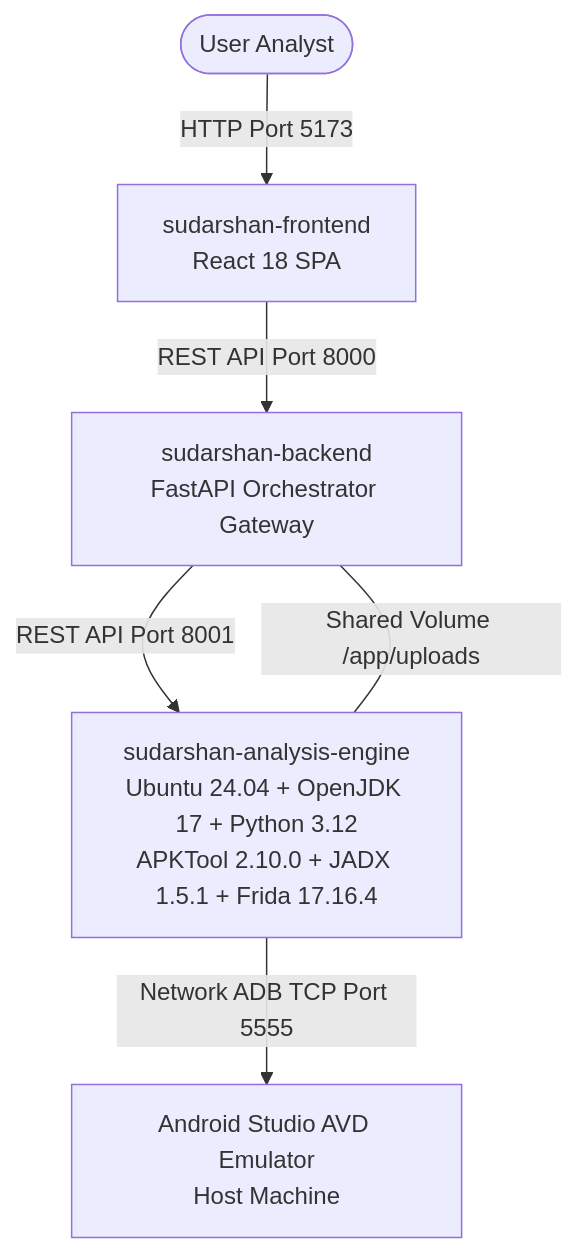
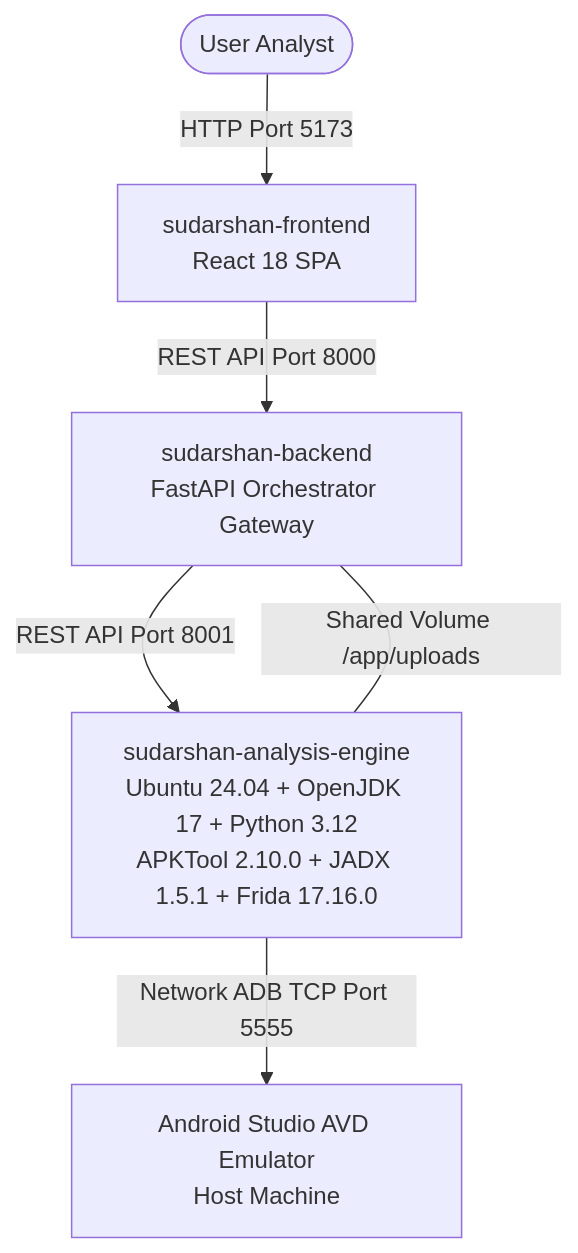
The diagram in docs/MIGRATION.md (SanTiwari07/Sudarshan), drawn with Mermaid before and after one commit. The commit also changed other lines of this file and 22 other files, not shown here.

Commit message:
comprehensive project documentation and microservice architecture guides

````diff
--- a/docs/MIGRATION.md
+++ b/docs/MIGRATION.md
@@ -7,9 +7,9 @@
 ```mermaid
 graph TD
     User([User Analyst]) -->|HTTP Port 5173| Frontend[sudarshan-frontend<br/>React 18 SPA]
     Frontend -->|REST API Port 8000| Backend[sudarshan-backend<br/>FastAPI Orchestrator Gateway]
-    Backend -->|REST API Port 8001| Engine[sudarshan-analysis-engine<br/>Ubuntu 24.04 + OpenJDK 17 + Python 3.12<br/>APKTool 2.10.0 + JADX 1.5.1 + Frida 17.16.4]
+    Backend -->|REST API Port 8001| Engine[sudarshan-analysis-engine<br/>Ubuntu 24.04 + OpenJDK 17 + Python 3.12<br/>APKTool 2.10.0 + JADX 1.5.1 + Frida 17.16.0]
 
     Backend ---|Shared Volume /app/uploads| Engine
     Engine -->|Network ADB TCP Port 5555| HostAVD[Android Studio AVD Emulator<br/>Host Machine]
 ```
````
